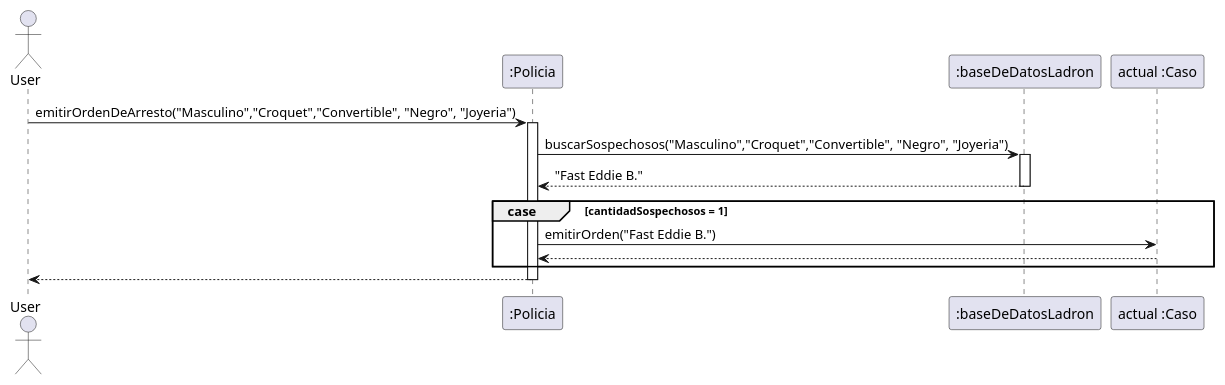
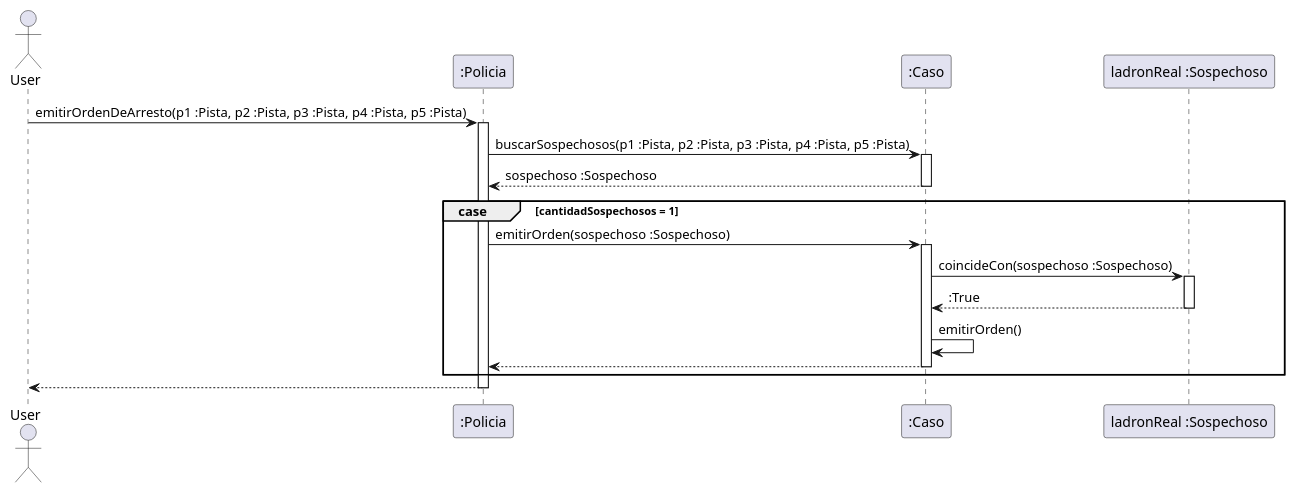
Before and after one commit to Nicolas-Bravo/algo3_tp2: the diagram in diagrams/sequences/emitirOrdenDeArrestoSecuencia.plantuml, drawn with PlantUML. The commit also changed 5 other files, not shown here.

Commit message:
Actualizacion diagramas orden de arresto

```diff
--- a/diagrams/sequences/emitirOrdenDeArrestoSecuencia.plantuml
+++ b/diagrams/sequences/emitirOrdenDeArrestoSecuencia.plantuml
@@ -1,25 +1,35 @@
 @startuml
 
 Actor User
 
-User -> ":Policia" : emitirOrdenDeArresto("Masculino","Croquet","Convertible", "Negro", "Joyeria")
+User -> ":Policia" : emitirOrdenDeArresto(p1 :Pista, p2 :Pista, p3 :Pista, p4 :Pista, p5 :Pista)
 Activate ":Policia"
 
-":Policia" -> ":baseDeDatosLadron" : buscarSospechosos("Masculino","Croquet","Convertible", "Negro", "Joyeria")
-activate ":baseDeDatosLadron"
+":Policia" -> ":Caso" : buscarSospechosos(p1 :Pista, p2 :Pista, p3 :Pista, p4 :Pista, p5 :Pista)
+activate ":Caso"
 
-":baseDeDatosLadron" --> ":Policia" : "Fast Eddie B."
-deactivate ":baseDeDatosLadron"
+":Caso" --> ":Policia" : sospechoso :Sospechoso
+deactivate ":Caso"
 
 group case [cantidadSospechosos = 1]
 
-    ":Policia" -> "actual :Caso" : emitirOrden("Fast Eddie B.")
+    ":Policia" -> ":Caso" : emitirOrden(sospechoso :Sospechoso)
+    activate ":Caso"
 
-    "actual :Caso" --> ":Policia"
+    ":Caso" -> "ladronReal :Sospechoso" : coincideCon(sospechoso :Sospechoso)
+    activate "ladronReal :Sospechoso"
+
+    "ladronReal :Sospechoso" --> ":Caso" : :True
+    deactivate "ladronReal :Sospechoso"
+
+    ":Caso" -> ":Caso" : emitirOrden()
+
+    ":Caso" --> ":Policia"
+    deactivate ":Caso"
 
 end
 
 ":Policia" --> User
 deactivate ":Policia"
 
 @enduml
```
